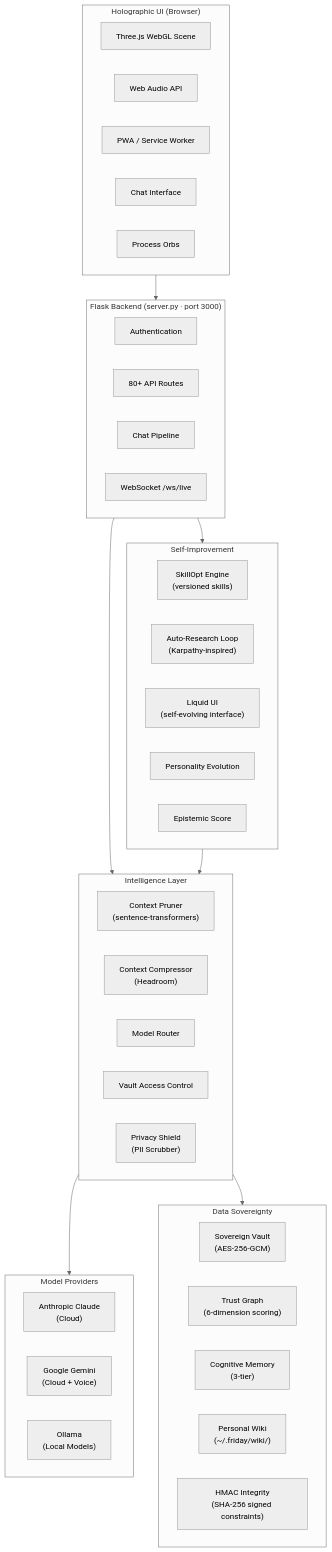
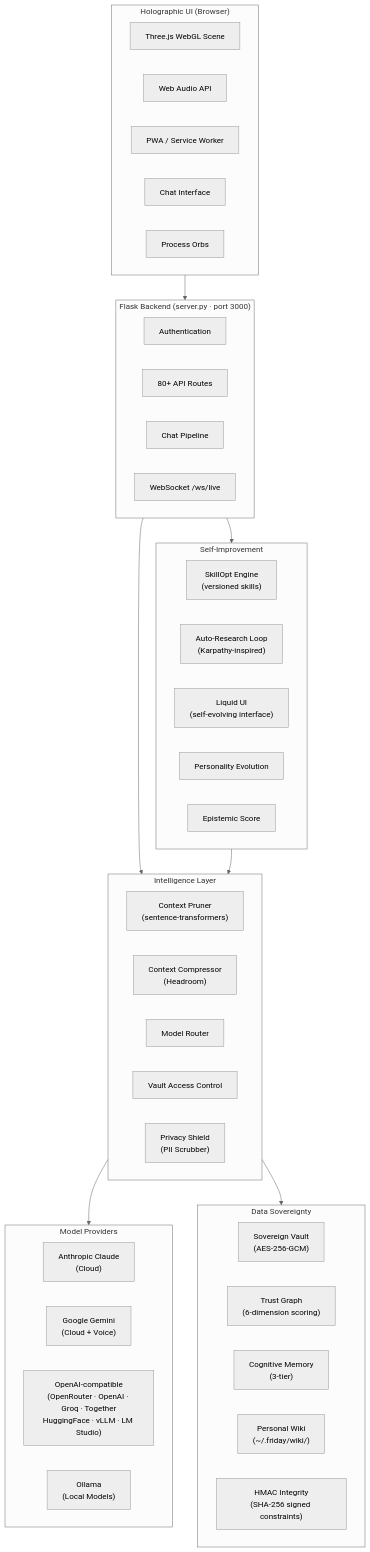
One commit to FutureSpeakAI/Agent-Friday changed the first of 8 diagrams in docs/ARCHITECTURE.md. Above: the diagram before and after it, drawn with Mermaid (neutral theme). The commit also changed other lines of this file and 34 other files, not shown here.

````diff
--- a/docs/ARCHITECTURE.md
+++ b/docs/ARCHITECTURE.md
@@ -9,54 +9,55 @@
 ```mermaid
 graph TB
     subgraph Frontend["Holographic UI (Browser)"]
         UI[Three.js WebGL Scene]
         Audio[Web Audio API]
         PWA[PWA / Service Worker]
         Chat[Chat Interface]
         Orbs[Process Orbs]
     end
 
     subgraph Server["Flask Backend (server.py · port 3000)"]
         Auth[Authentication]
         Routes[80+ API Routes]
         Pipeline[Chat Pipeline]
         WS["WebSocket /ws/live"]
     end
 
     subgraph Intelligence["Intelligence Layer"]
         Pruner["Context Pruner<br/>(sentence-transformers)"]
         Compressor["Context Compressor<br/>(Headroom)"]
         Router[Model Router]
         VaultGate[Vault Access Control]
         PII["Privacy Shield<br/>(PII Scrubber)"]
     end
 
     subgraph Providers["Model Providers"]
         Claude["Anthropic Claude<br/>(Cloud)"]
         Gemini["Google Gemini<br/>(Cloud + Voice)"]
+        OAI["OpenAI-compatible<br/>(OpenRouter · OpenAI · Groq · Together<br/>HuggingFace · vLLM · LM Studio)"]
         Ollama["Ollama<br/>(Local Models)"]
     end
 
     subgraph Sovereignty["Data Sovereignty"]
         Vault["Sovereign Vault<br/>(AES-256-GCM)"]
         TrustGraph["Trust Graph<br/>(6-dimension scoring)"]
         Memory["Cognitive Memory<br/>(3-tier)"]
         Wiki["Personal Wiki<br/>(~/.friday/wiki/)"]
         HMAC["HMAC Integrity<br/>(SHA-256 signed constraints)"]
     end
 
     subgraph Evolution["Self-Improvement"]
         SkillOpt["SkillOpt Engine<br/>(versioned skills)"]
         AutoRes["Auto-Research Loop<br/>(Karpathy-inspired)"]
         LiquidUI["Liquid UI<br/>(self-evolving interface)"]
         Personality[Personality Evolution]
         Epistemic[Epistemic Score]
     end
 
     Frontend --> Server
     Server --> Intelligence
     Intelligence --> Providers
     Intelligence --> Sovereignty
     Server --> Evolution
     Evolution --> Intelligence
 ```
````
